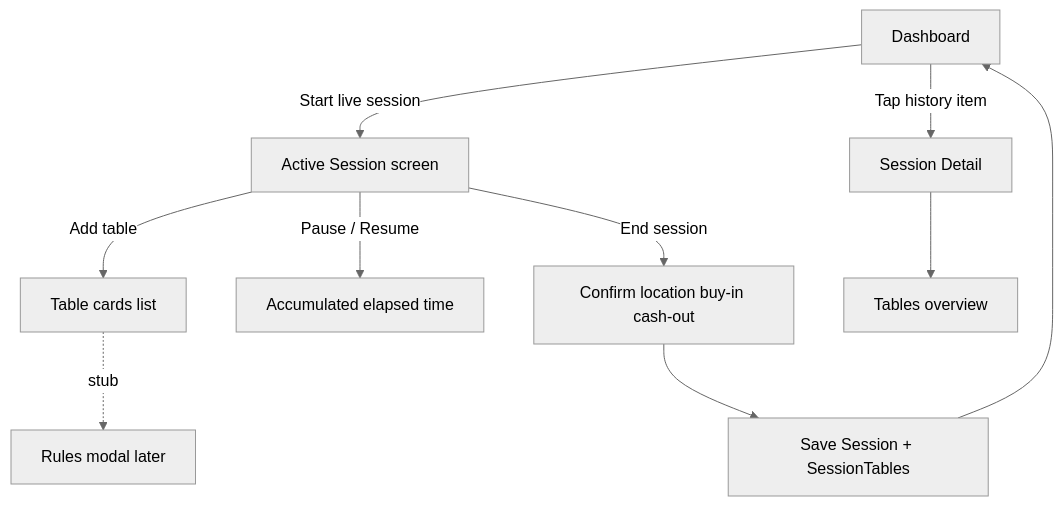
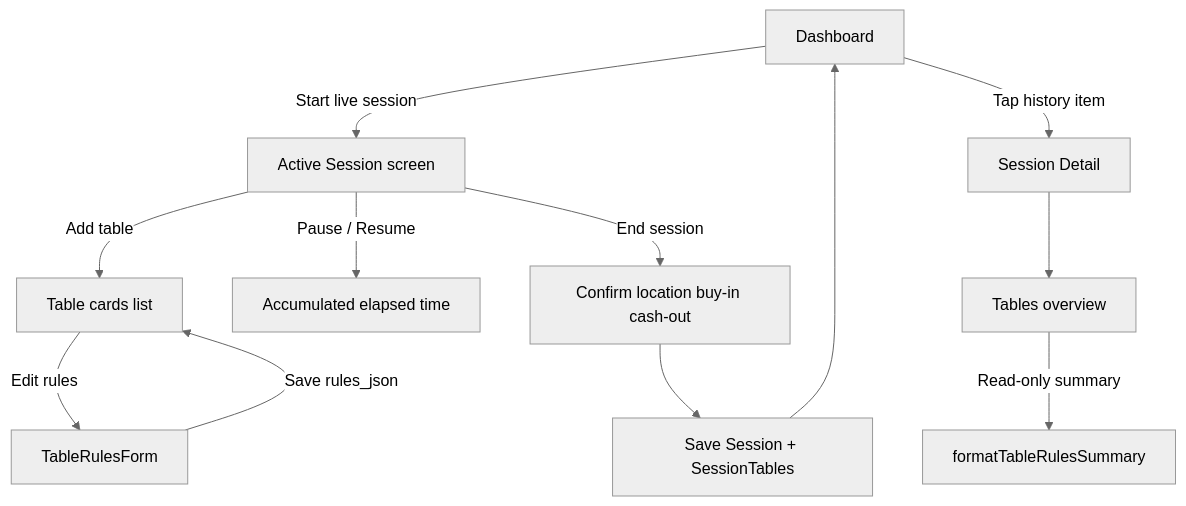
One commit to Trevor5008/StackTrack changed the third of 8 diagrams in docs/flow.md. Above: the diagram before and after it, drawn with Mermaid (neutral theme). The commit also changed other lines of this file and 10 other files, not shown here.

Commit message:
feat: add editable table rules for live sesions Persist decks, payout, S17/H17, DAS, and late surrender in rules_json Show a read-only summary on session detail Updated flow, schema and README

````diff
--- a/docs/flow.md
+++ b/docs/flow.md
@@ -53,12 +53,14 @@
 ```mermaid
 flowchart TD
   Dashboard[Dashboard] -->|Start live session| Live[Active Session screen]
   Live -->|Add table| Tables[Table cards list]
   Live -->|Pause / Resume| Timer[Accumulated elapsed time]
   Live -->|End session| EndForm["Confirm location buy-in cash-out"]
   EndForm --> Persist["Save Session + SessionTables"]
   Persist --> Dashboard
   Dashboard -->|Tap history item| Detail[Session Detail]
   Detail --> TableOverview[Tables overview]
-  Tables -.->|stub| RulesModal[Rules modal later]
+  Tables -->|Edit rules| RulesModal[TableRulesForm]
+  RulesModal -->|Save rules_json| Tables
+  TableOverview -->|Read-only summary| RulesSummary[formatTableRulesSummary]
 ```
````
